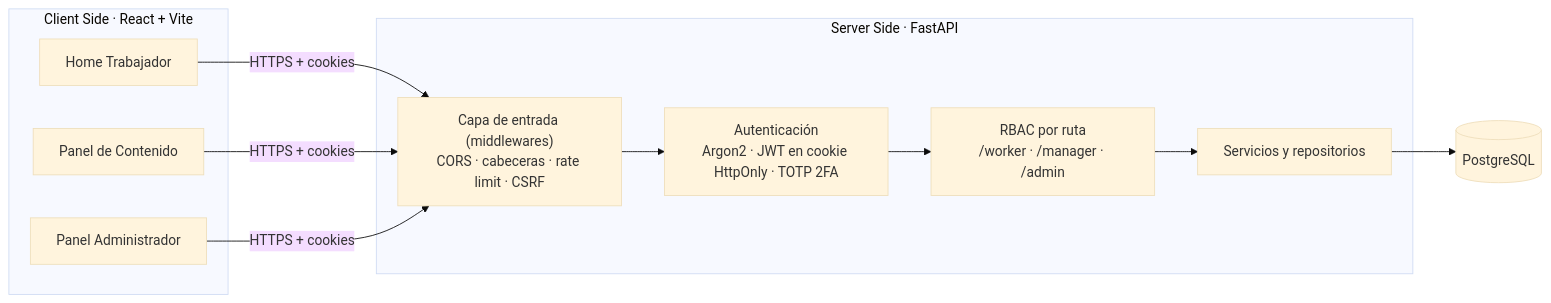
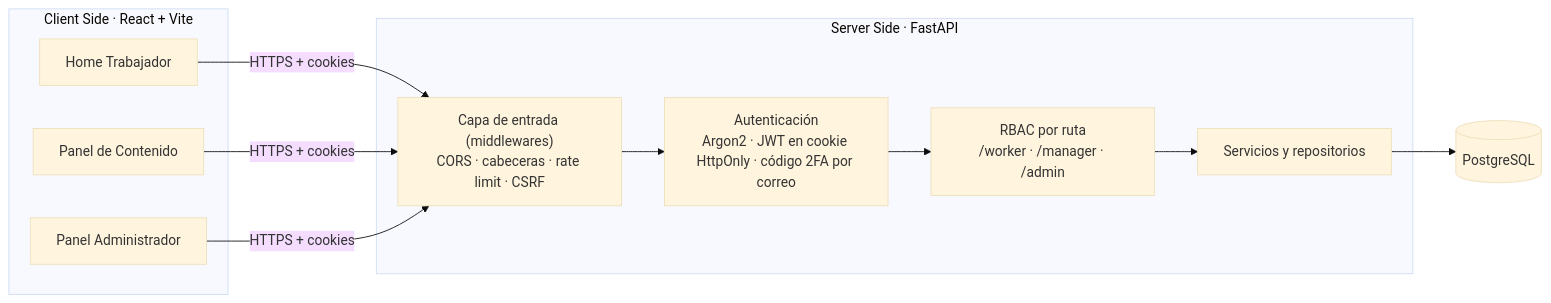
Before and after one commit to XaXAlvaromO/Inka-Sec: the diagram in README.md, drawn with Mermaid (base theme). The commit also changed other lines of this file and 32 other files, not shown here.

````diff
--- a/README.md
+++ b/README.md
@@ -48,16 +48,16 @@
 ```mermaid
 flowchart LR
     subgraph Cliente["Client Side · React + Vite"]
         H[Home Trabajador]
         C[Panel de Contenido]
         A[Panel Administrador]
     end
     subgraph API["Server Side · FastAPI"]
         G["Capa de entrada (middlewares)<br/>CORS · cabeceras · rate limit · CSRF"]
-        AU["Autenticación<br/>Argon2 · JWT en cookie HttpOnly · TOTP 2FA"]
+        AU["Autenticación<br/>Argon2 · JWT en cookie HttpOnly · código 2FA por correo"]
         R["RBAC por ruta<br/>/worker · /manager · /admin"]
         S[Servicios y repositorios]
     end
     DB[(PostgreSQL)]
     H & C & A -->|HTTPS + cookies| G --> AU --> R --> S --> DB
 ```
````
